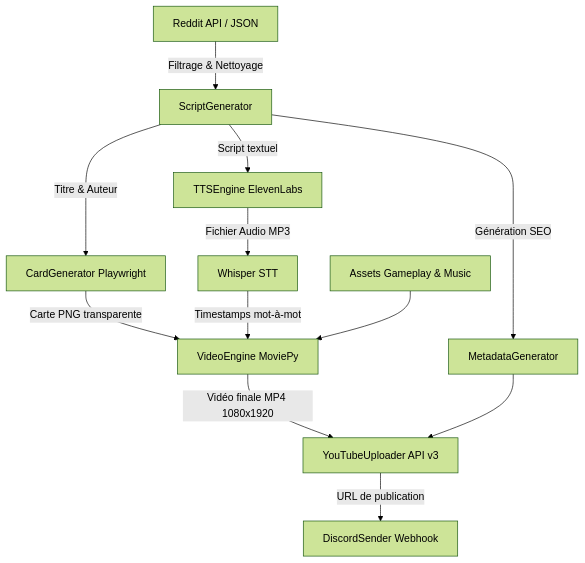
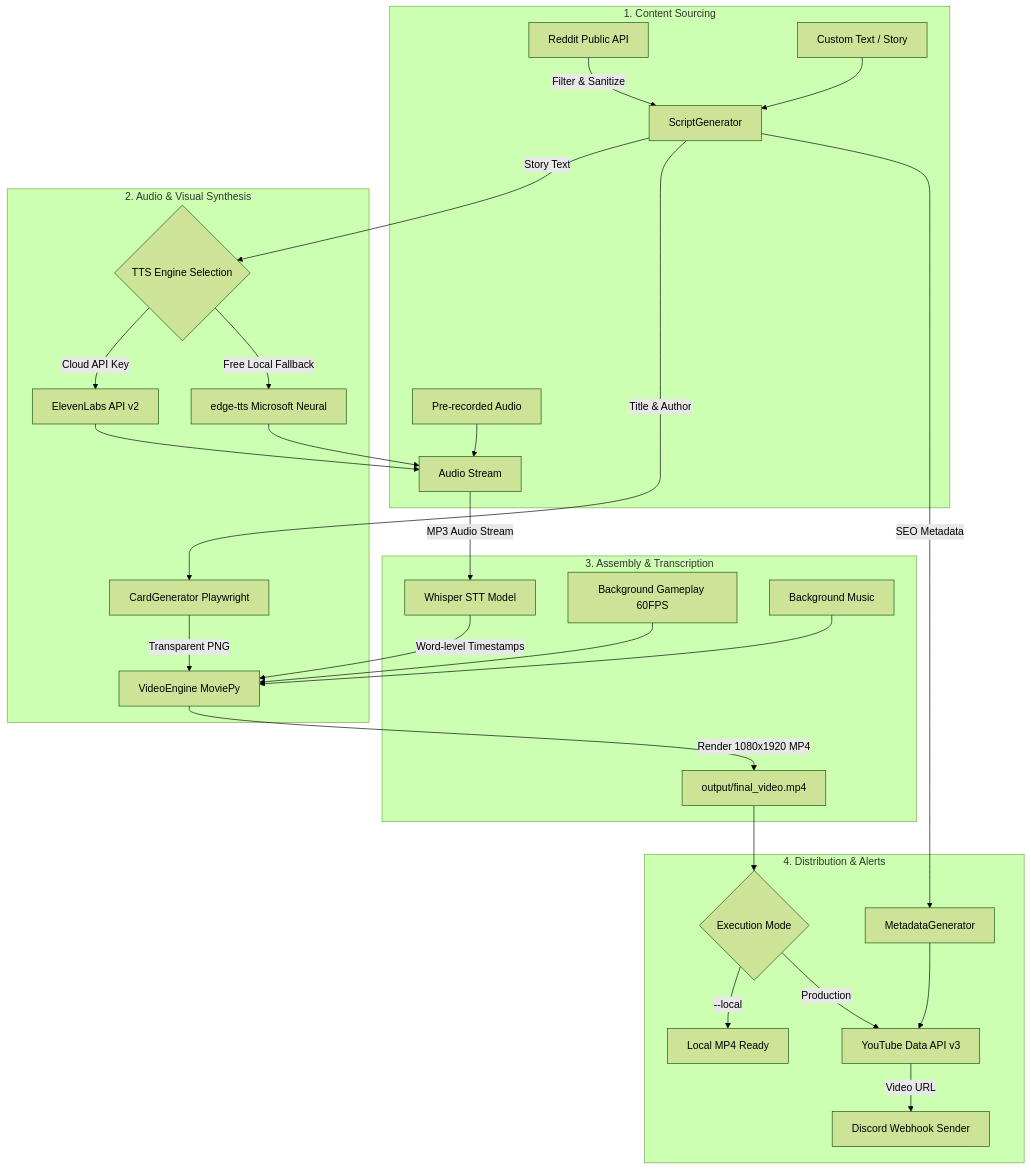
One commit to NewGamer62/reddit-shorts-automation changed the diagram in README.md. Above: the diagram before and after it, drawn with Mermaid (forest theme). The commit also changed other lines of this file and 21 other files, not shown here.

Commit message:
feat: international portfolio README, Edge-TTS fallback, demo GIF and Agensi skill spec

````diff
--- a/README.md
+++ b/README.md
@@ -39,14 +44,35 @@
 ```mermaid
 flowchart TD
-    A[Reddit API / JSON] -->|Filtrage & Nettoyage| B[ScriptGenerator]
-    B -->|Script textuel| C[TTSEngine ElevenLabs]
-    B -->|Titre & Auteur| D[CardGenerator Playwright]
-    C -->|Fichier Audio MP3| E[Whisper STT]
-    D -->|Carte PNG transparente| F[VideoEngine MoviePy]
-    E -->|Timestamps mot-à-mot| F
-    G[Assets Gameplay & Music] --> F
-    F -->|Vidéo finale MP4 1080x1920| H[YouTubeUploader API v3]
-    B -->|Génération SEO| I[MetadataGenerator]
-    I --> H
-    H -->|URL de publication| J[DiscordSender Webhook]
+    subgraph Input_Layer [1. Content Sourcing]
+        A[Reddit Public API] -->|Filter & Sanitize| B[ScriptGenerator]
+        A2[Custom Text / Story] --> B
+        A3[Pre-recorded Audio] --> E[Audio Stream]
+    end
+
+    subgraph Audio_Visual_Generation [2. Audio & Visual Synthesis]
+        B -->|Story Text| C1{TTS Engine Selection}
+        C1 -->|Cloud API Key| C2[ElevenLabs API v2]
+        C1 -->|Free Local Fallback| C3[edge-tts Microsoft Neural]
+        C2 --> E
+        C3 --> E
+        B -->|Title & Author| D[CardGenerator Playwright]
+        D -->|Transparent PNG| F[VideoEngine MoviePy]
+    end
+
+    subgraph Assembly_Engine [3. Assembly & Transcription]
+        E -->|MP3 Audio Stream| W[Whisper STT Model]
+        W -->|Word-level Timestamps| F
+        G[Background Gameplay 60FPS] --> F
+        M[Background Music] --> F
+        F -->|Render 1080x1920 MP4| Out[output/final_video.mp4]
+    end
+
+    subgraph Publishing_Distribution [4. Distribution & Alerts]
+        B -->|SEO Metadata| Meta[MetadataGenerator]
+        Out --> Mode{Execution Mode}
+        Mode -->|--local| Done[Local MP4 Ready]
+        Mode -->|Production| YT[YouTube Data API v3]
+        Meta --> YT
+        YT -->|Video URL| Disc[Discord Webhook Sender]
+    end
 ```
````
